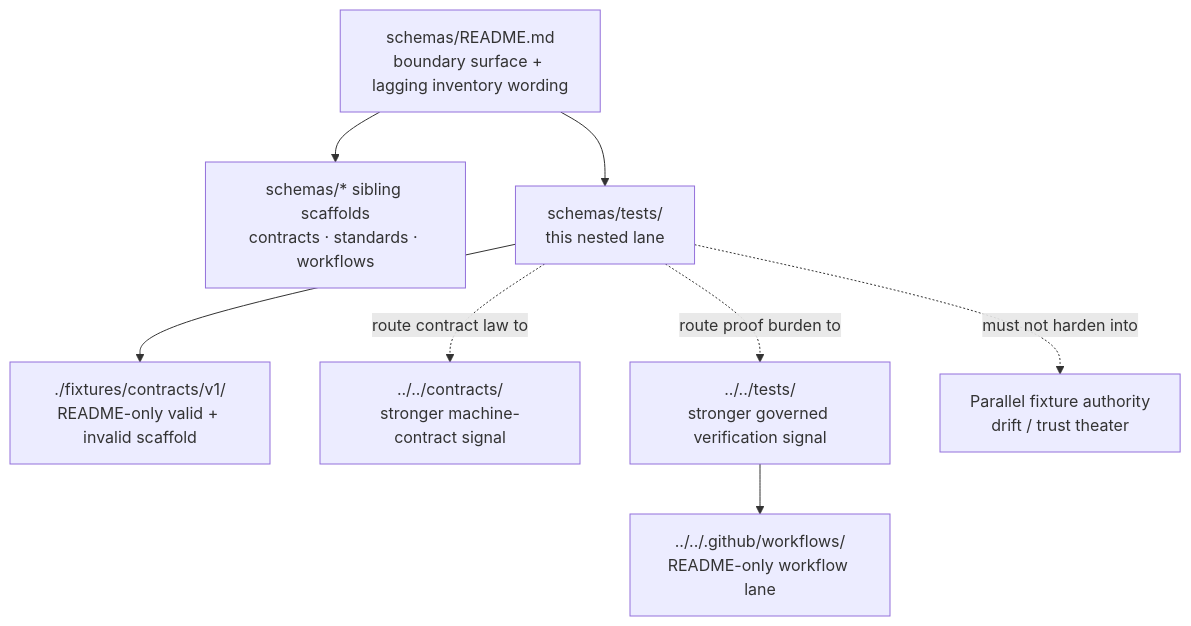
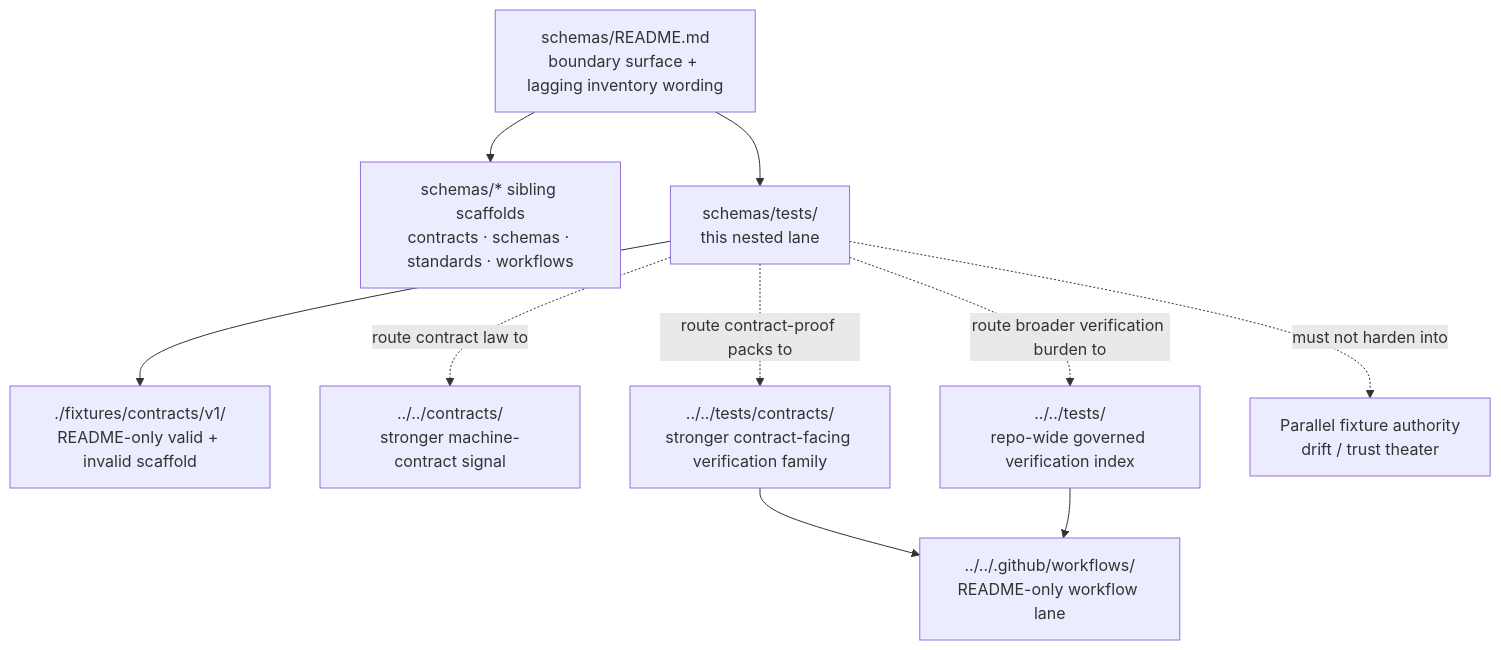
The diagram in schemas/tests/README.md (bartytime4life/Kansas-Frontier-Matrix), drawn with Mermaid before and after one commit. The commit also changed other lines of this file, not shown here.

First line of the commit message:
Refine README.md for schemas/tests directory

````diff
--- a/schemas/tests/README.md
+++ b/schemas/tests/README.md
@@ -247,19 +260,22 @@
 ```mermaid
 flowchart TB
     P[schemas/README.md<br/>boundary surface + lagging inventory wording]
-    G[schemas/* sibling scaffolds<br/>contracts · standards · workflows]
+    G[schemas/* sibling scaffolds<br/>contracts · schemas · standards · workflows]
     S[schemas/tests/<br/>this nested lane]
     F[./fixtures/contracts/v1/<br/>README-only valid + invalid scaffold]
     C[../../contracts/<br/>stronger machine-contract signal]
-    T[../../tests/<br/>stronger governed verification signal]
+    TC[../../tests/contracts/<br/>stronger contract-facing verification family]
+    T[../../tests/<br/>repo-wide governed verification index]
     W[../../.github/workflows/<br/>README-only workflow lane]
     X[Parallel fixture authority<br/>drift / trust theater]
 
     P --> S
     P --> G
     S --> F
     S -. route contract law to .-> C
-    S -. route proof burden to .-> T
+    S -. route contract-proof packs to .-> TC
+    S -. route broader verification burden to .-> T
+    TC --> W
     T --> W
     S -. must not harden into .-> X
 ```
````
